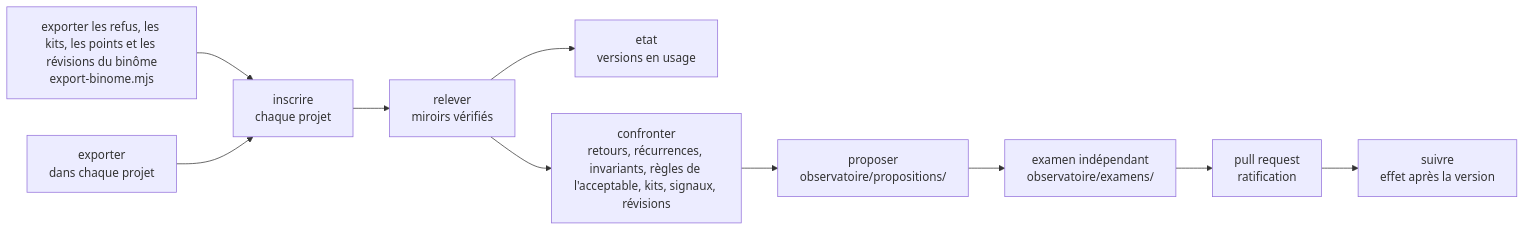
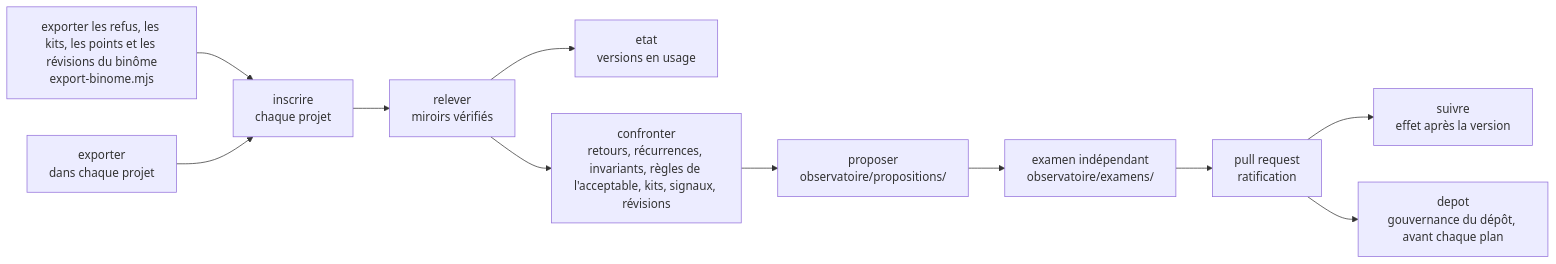
One commit to FredGarcia/Agent2Prompt changed the diagram in docs/observatoire/mode-emploi.md. Above: the diagram before and after it, drawn with Mermaid. The commit also changed other lines of this file and 15 other files, not shown here.

````diff
--- a/docs/observatoire/mode-emploi.md
+++ b/docs/observatoire/mode-emploi.md
@@ -5,12 +5,13 @@
 ```mermaid
 flowchart LR
   B["exporter les refus, les kits, les points et les révisions du binôme<br/>export-binome.mjs"] --> I
   E["exporter<br/>dans chaque projet"] --> I["inscrire<br/>chaque projet"]
   I --> R["relever<br/>miroirs vérifiés"]
   R --> T["etat<br/>versions en usage"]
   R --> C["confronter<br/>retours, récurrences, invariants, règles de l'acceptable, kits, signaux, révisions"]
   C --> P["proposer<br/>observatoire/propositions/"]
   P --> X["examen indépendant<br/>observatoire/examens/"]
   X --> PR["pull request<br/>ratification"]
   PR --> S["suivre<br/>effet après la version"]
+  PR --> G["depot<br/>gouvernance du dépôt, avant chaque plan"]
 ```
````
